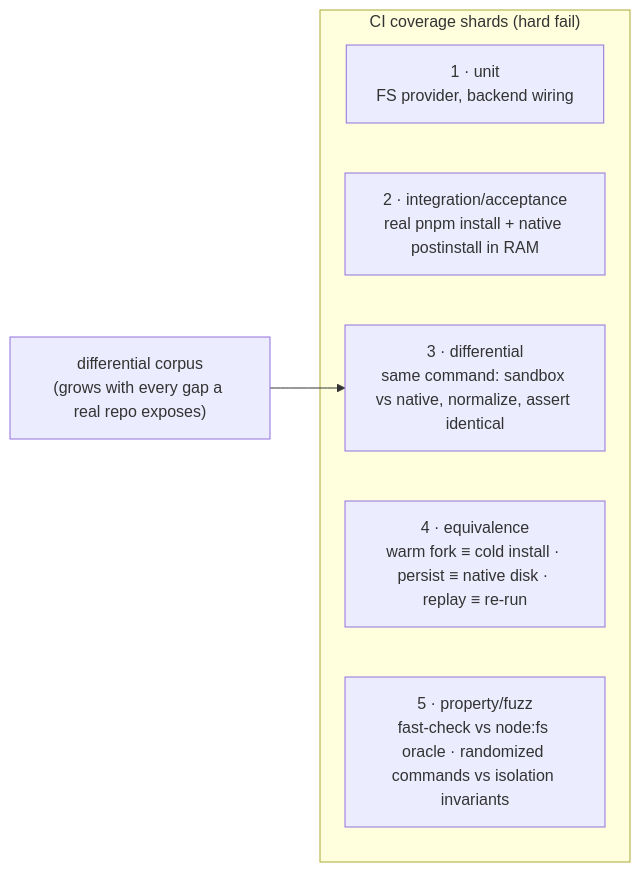
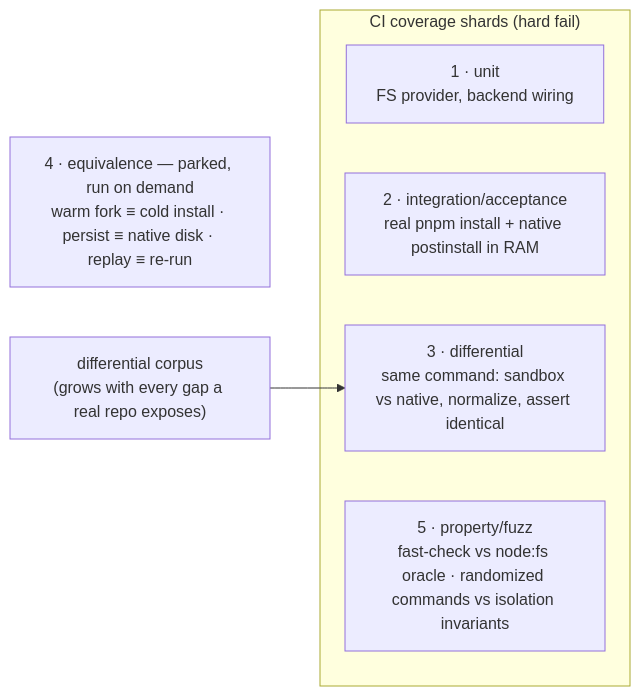
Before and after one commit to Esposter/Esposter: the diagram in packages/app/content/docs/virrun/correctness.md, drawn with Mermaid. The commit also changed other lines of this file and 18 other files, not shown here.

````diff
--- a/packages/app/content/docs/virrun/correctness.md
+++ b/packages/app/content/docs/virrun/correctness.md
@@ -16,11 +16,11 @@
 ```mermaid
 flowchart LR
     subgraph gate["CI coverage shards (hard fail)"]
         unit["1 · unit\nFS provider, backend wiring"]
         int["2 · integration/acceptance\nreal pnpm install + native postinstall in RAM"]
         diff["3 · differential\nsame command: sandbox vs native, normalize, assert identical"]
-        equiv["4 · equivalence\nwarm fork ≡ cold install · persist ≡ native disk · replay ≡ re-run"]
         prop["5 · property/fuzz\nfast-check vs node:fs oracle · randomized commands vs isolation invariants"]
     end
+    equiv["4 · equivalence — parked, run on demand\nwarm fork ≡ cold install · persist ≡ native disk · replay ≡ re-run"]
     corpus["differential corpus\n(grows with every gap a real repo exposes)"] --> diff
 ```
````
